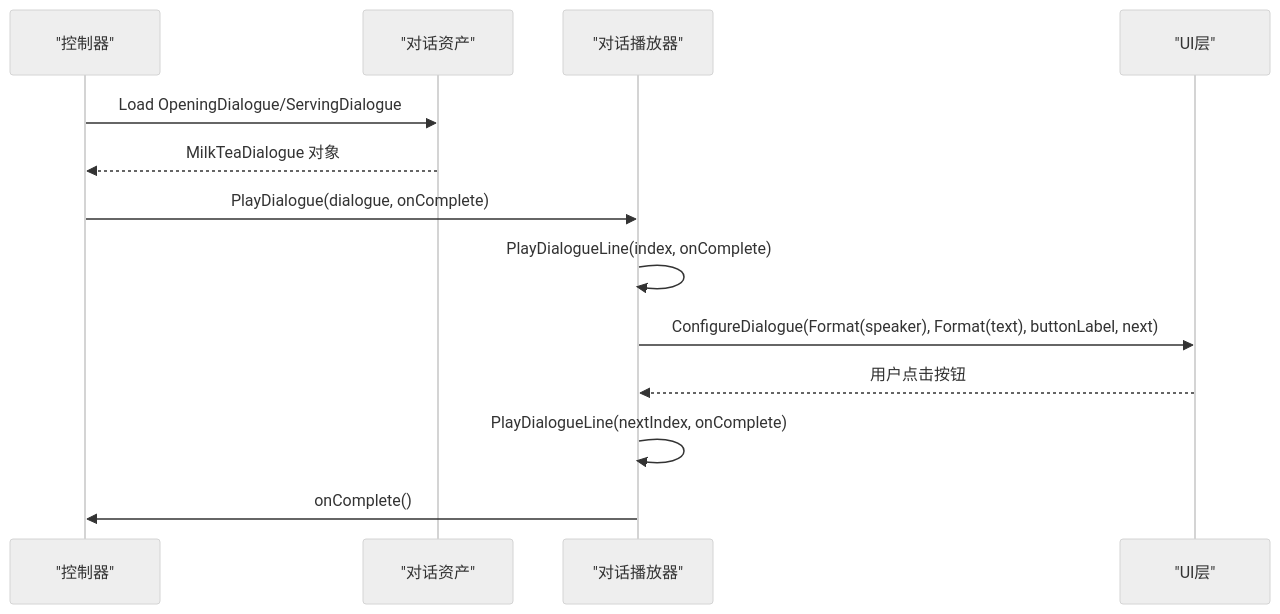
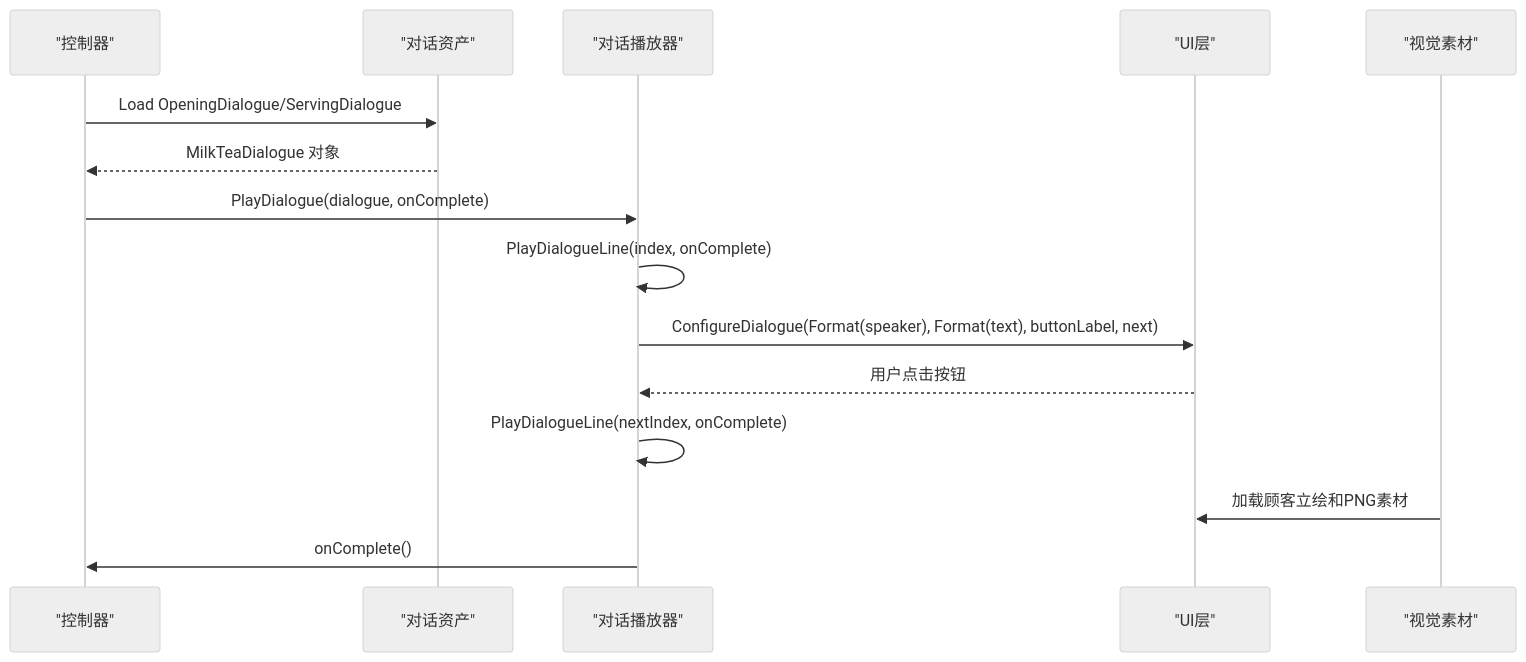
One commit to Thanatos42/-demo changed the second of 7 diagrams in .qoder/repowiki/zh/content/对话系统设计.md. Above: the diagram before and after it, drawn with Mermaid (neutral theme). The commit also changed other lines of this file and 77 other files, not shown here.

````diff
--- a/.qoder/repowiki/zh/content/对话系统设计.md
+++ b/.qoder/repowiki/zh/content/对话系统设计.md
@@ -86,15 +97,17 @@
 ```mermaid
 sequenceDiagram
 participant Controller as "控制器"
 participant Asset as "对话资产"
 participant Player as "对话播放器"
 participant UI as "UI层"
+participant VisualAssets as "视觉素材"
 Controller->>Asset : Load OpeningDialogue/ServingDialogue
 Asset-->>Controller : MilkTeaDialogue 对象
 Controller->>Player : PlayDialogue(dialogue, onComplete)
 Player->>Player : PlayDialogueLine(index, onComplete)
 Player->>UI : ConfigureDialogue(Format(speaker), Format(text), buttonLabel, next)
 UI-->>Player : 用户点击按钮
 Player->>Player : PlayDialogueLine(nextIndex, onComplete)
+VisualAssets->>UI : 加载顾客立绘和PNG素材
 Player->>Controller : onComplete()
 ```
````
